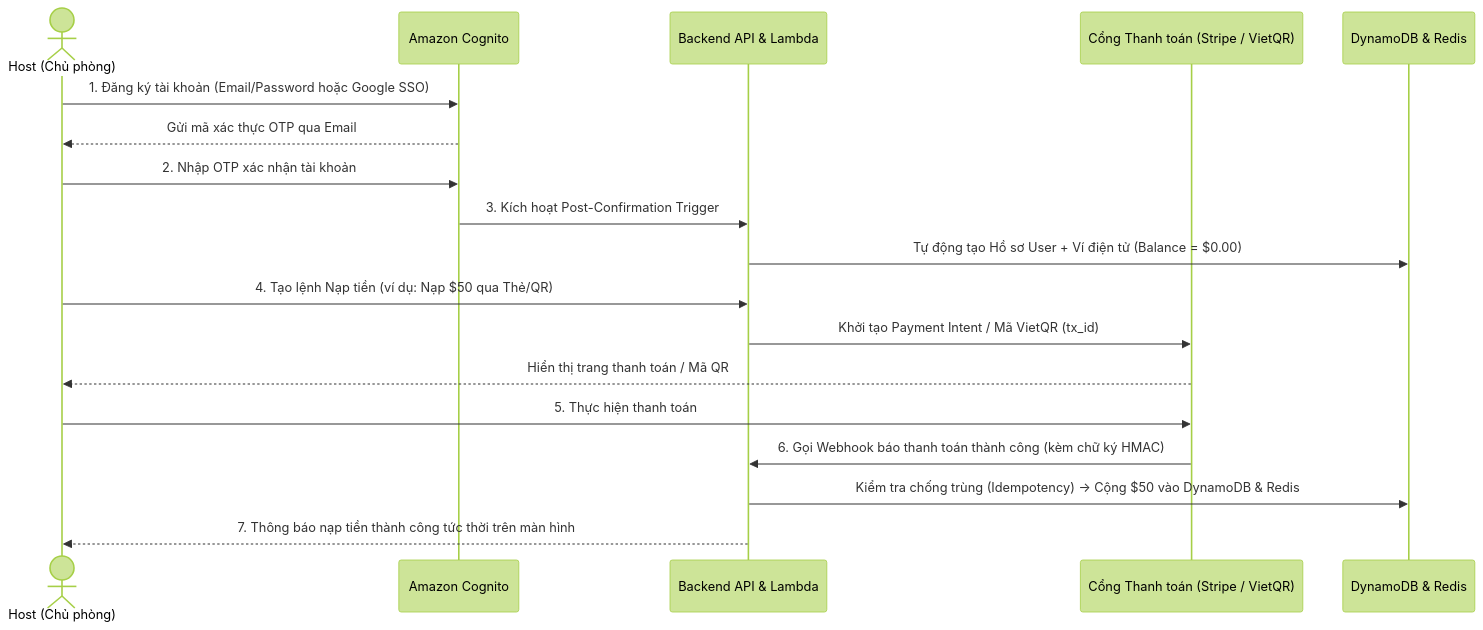
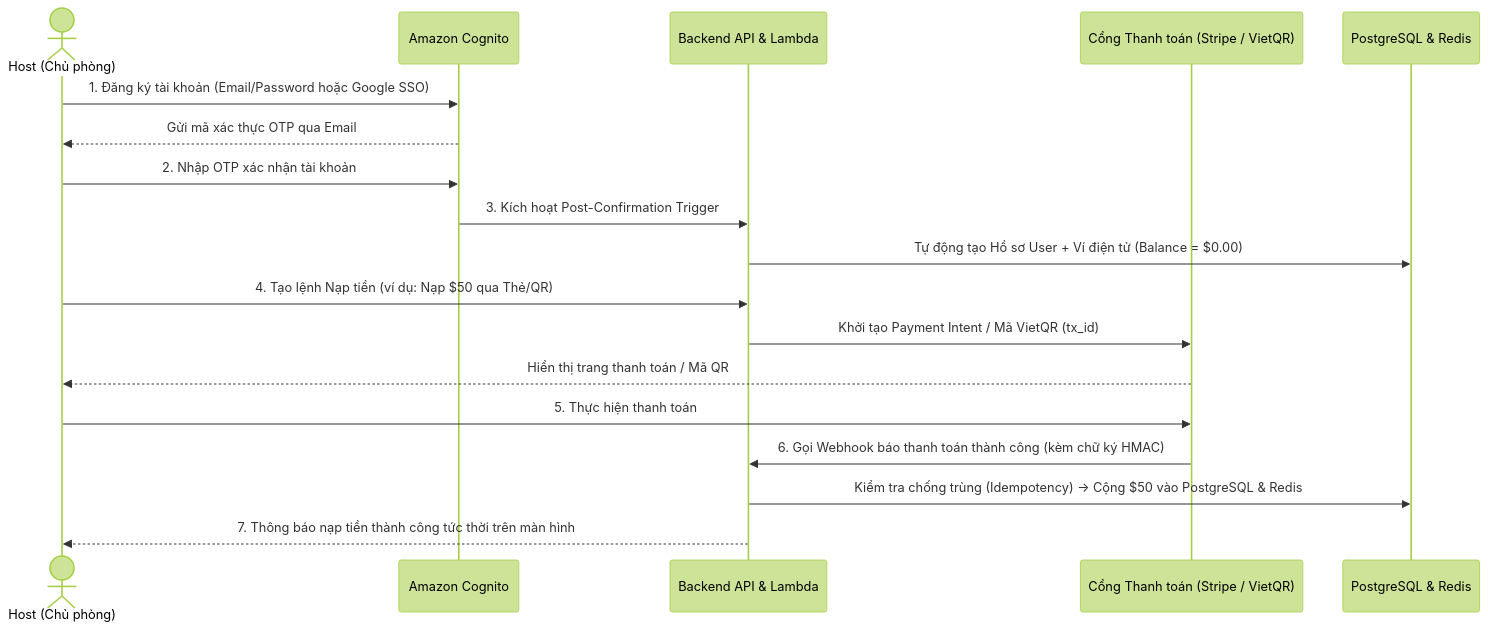
Before and after one commit to vuthehuyht/ws-translation-realtime: the first of 3 diagrams in docs/specs/01-business-requirements-and-billing.md, drawn with Mermaid (forest theme). The commit also changed other lines of this file and 5 other files, not shown here.

Commit message:
docs(specs): update postgres redesign and add granular task roadmap

````diff
--- a/docs/specs/01-business-requirements-and-billing.md
+++ b/docs/specs/01-business-requirements-and-billing.md
@@ -41,21 +41,21 @@
 ```mermaid
 sequenceDiagram
     actor H as Host (Chủ phòng)
     participant Cognito as Amazon Cognito
     participant API as Backend API & Lambda
     participant PG as Cổng Thanh toán (Stripe / VietQR)
-    participant DB as DynamoDB & Redis
+    participant DB as PostgreSQL & Redis
 
     H->>Cognito: 1. Đăng ký tài khoản (Email/Password hoặc Google SSO)
     Cognito-->>H: Gửi mã xác thực OTP qua Email
     H->>Cognito: 2. Nhập OTP xác nhận tài khoản
     Cognito->>API: 3. Kích hoạt Post-Confirmation Trigger
     API->>DB: Tự động tạo Hồ sơ User + Ví điện tử (Balance = $0.00)
     H->>API: 4. Tạo lệnh Nạp tiền (ví dụ: Nạp $50 qua Thẻ/QR)
     API->>PG: Khởi tạo Payment Intent / Mã VietQR (tx_id)
     PG-->>H: Hiển thị trang thanh toán / Mã QR
     H->>PG: 5. Thực hiện thanh toán
     PG->>API: 6. Gọi Webhook báo thanh toán thành công (kèm chữ ký HMAC)
-    API->>DB: Kiểm tra chống trùng (Idempotency) -> Cộng $50 vào DynamoDB & Redis
+    API->>DB: Kiểm tra chống trùng (Idempotency) -> Cộng $50 vào PostgreSQL & Redis
     API-->>H: 7. Thông báo nạp tiền thành công tức thời trên màn hình
 ```
````
